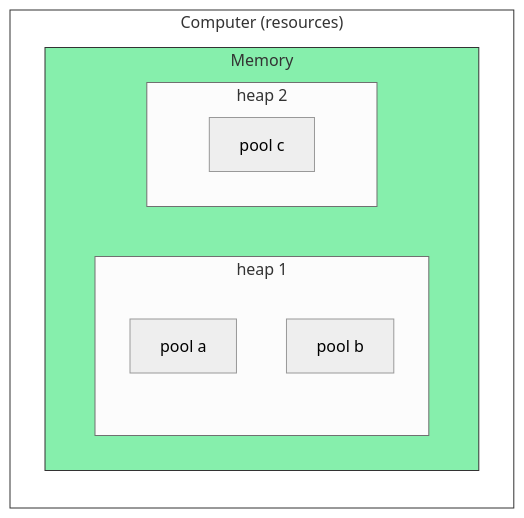
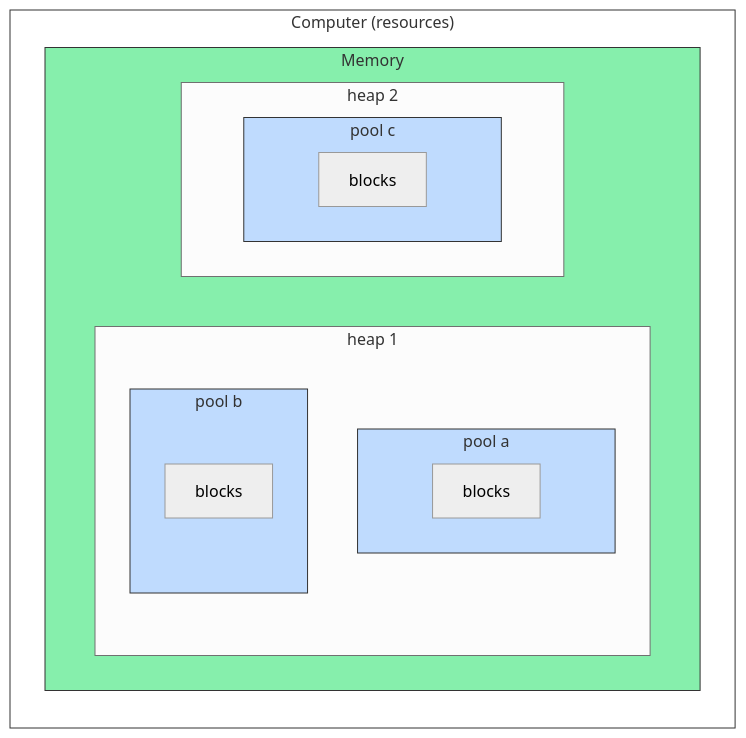
One commit to CU-DBMI/demo-python-memory-reference-accounting changed the third of 11 diagrams in README.md. Above: the diagram before and after it, drawn with Mermaid (neutral theme). The commit also changed other lines of this file, not shown here.

Commit message:
add blocks content

````diff
--- a/README.md
+++ b/README.md
@@ -80,21 +108,30 @@
 ```mermaid
 flowchart LR
 
 subgraph computer ["Computer (resources)"]
 
 subgraph memory["Memory"]
     subgraph heap1 ["heap 1"]
         direction TB
-        poola["pool a"]
-        poolb["pool b"]
+        subgraph poola["pool a"]
+          blocks1["blocks"]
+        end
+        subgraph poolb["pool b"]
+          blocks2["blocks"]
+        end
     end
     subgraph heap2 ["heap 2"]
-        poola2["pool c"]
+        subgraph poolc["pool c"]
+          blocks3["blocks"]
+        end
     end
 end
 
 end
 
 style computer fill:#fff,stroke:#333
 style memory fill:#86EFAC,stroke:#333
+style poola fill:#BFDBFE,stroke:#333;
+style poolb fill:#BFDBFE,stroke:#333;
+style poolc fill:#BFDBFE,stroke:#333;
 ```
````
